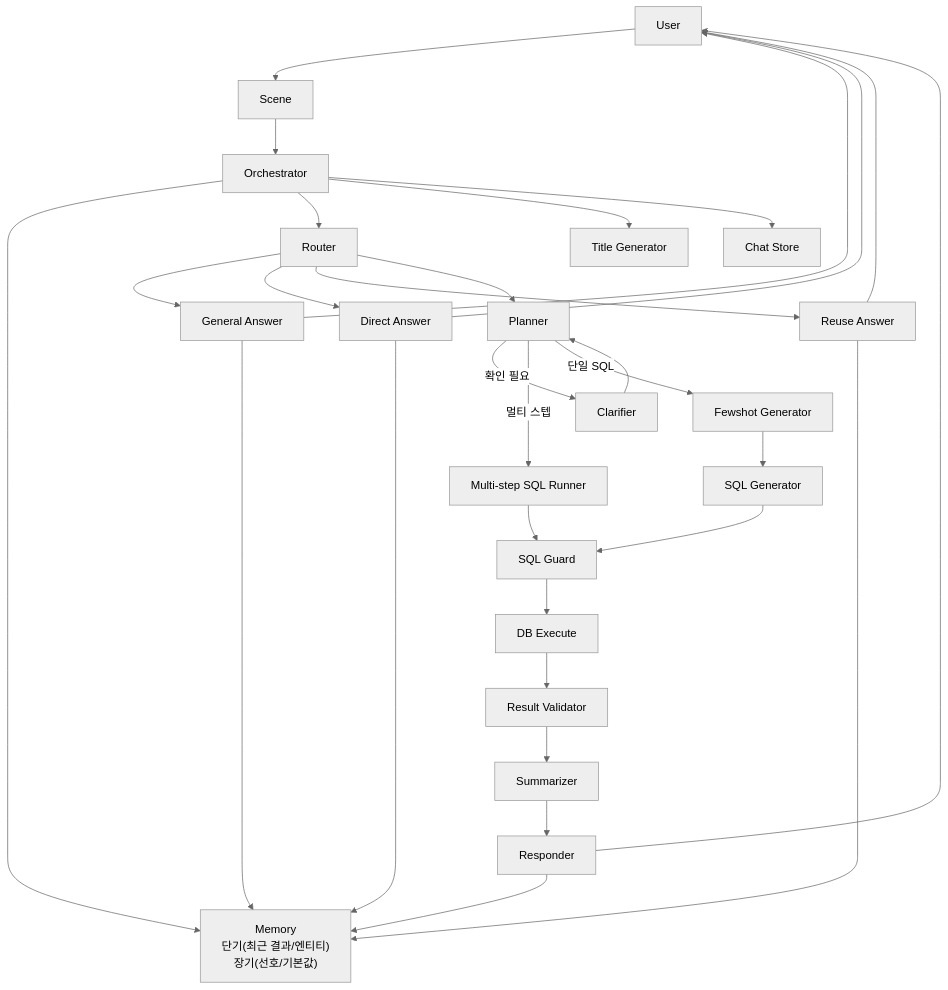
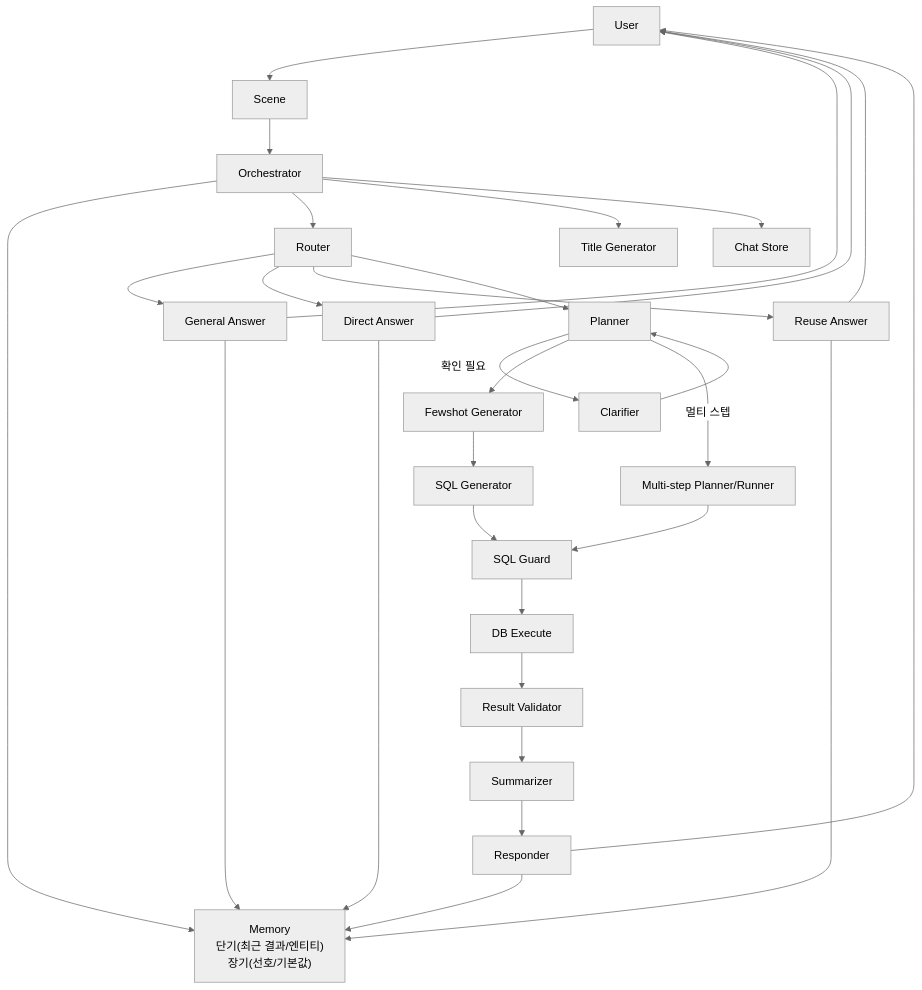
Before and after one commit to YongKyeom/nl2sql_nba_chatbot: the diagram in README.md, drawn with Mermaid (neutral theme). The commit also changed other lines of this file and 3 other files, not shown here.

````diff
--- a/README.md
+++ b/README.md
@@ -187,39 +178,39 @@
 ```mermaid
 flowchart TD
   U["User"] --> S["Scene"]
   S --> O["Orchestrator"]
   O --> M["Memory<br/>단기(최근 결과/엔티티)<br/>장기(선호/기본값)"]
 
   O --> R["Router"]
   R --> GA["General Answer"]
   R --> DA["Direct Answer"]
   R --> RE["Reuse Answer"]
   R --> P["Planner"]
 
   P -->|확인 필요| C["Clarifier"]
   C --> P
 
-  P -->|멀티 스텝| MS["Multi-step SQL Runner"]
-  P -->|단일 SQL| FS["Fewshot Generator"]
+  P --> FS["Fewshot Generator"]
   FS --> SG["SQL Generator"]
+  P -->|멀티 스텝| MS["Multi-step Planner/Runner"]
 
   O --> TS["Title Generator"]
   O --> CS["Chat Store"]
 
   MS --> G["SQL Guard"]
   SG --> G
   G --> EX["DB Execute"]
   EX --> V["Result Validator"]
   V --> SUM["Summarizer"]
   SUM --> RESP["Responder"]
 
   GA --> U
   DA --> U
   RE --> U
   RESP --> U
 
   GA --> M
   DA --> M
   RE --> M
   RESP --> M
 ```
````
